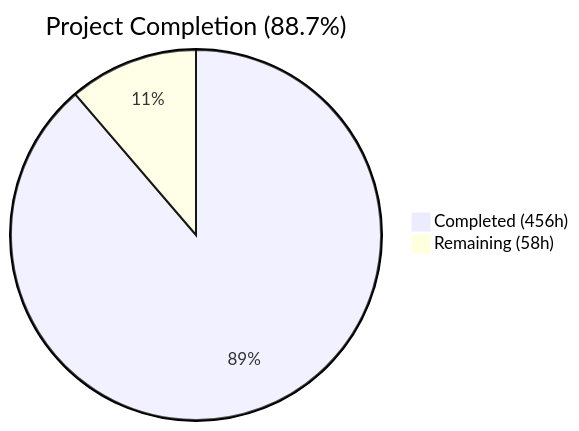
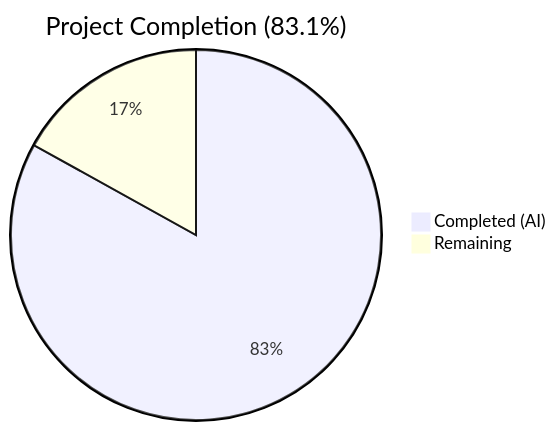
The first of 3 diagrams in blitzy/documentation/Project Guide.md (Blitzy-Sandbox/blitzy-RudderStack), drawn with Mermaid before and after one commit. The commit also changed other lines of this file, not shown here.

Commit message:
Adding Blitzy Project Guide: Project Status and Human Tasks Remaining

````diff
--- a/blitzy/documentation/Project Guide.md
+++ b/blitzy/documentation/Project Guide.md
@@ -13,5 +13,5 @@
 ```mermaid
-pie title Project Completion (88.7%)
-    "Completed (456h)" : 456
-    "Remaining (58h)" : 58
+pie title Project Completion (83.1%)
+    "Completed (AI)" : 402
+    "Remaining" : 82
 ```
````
